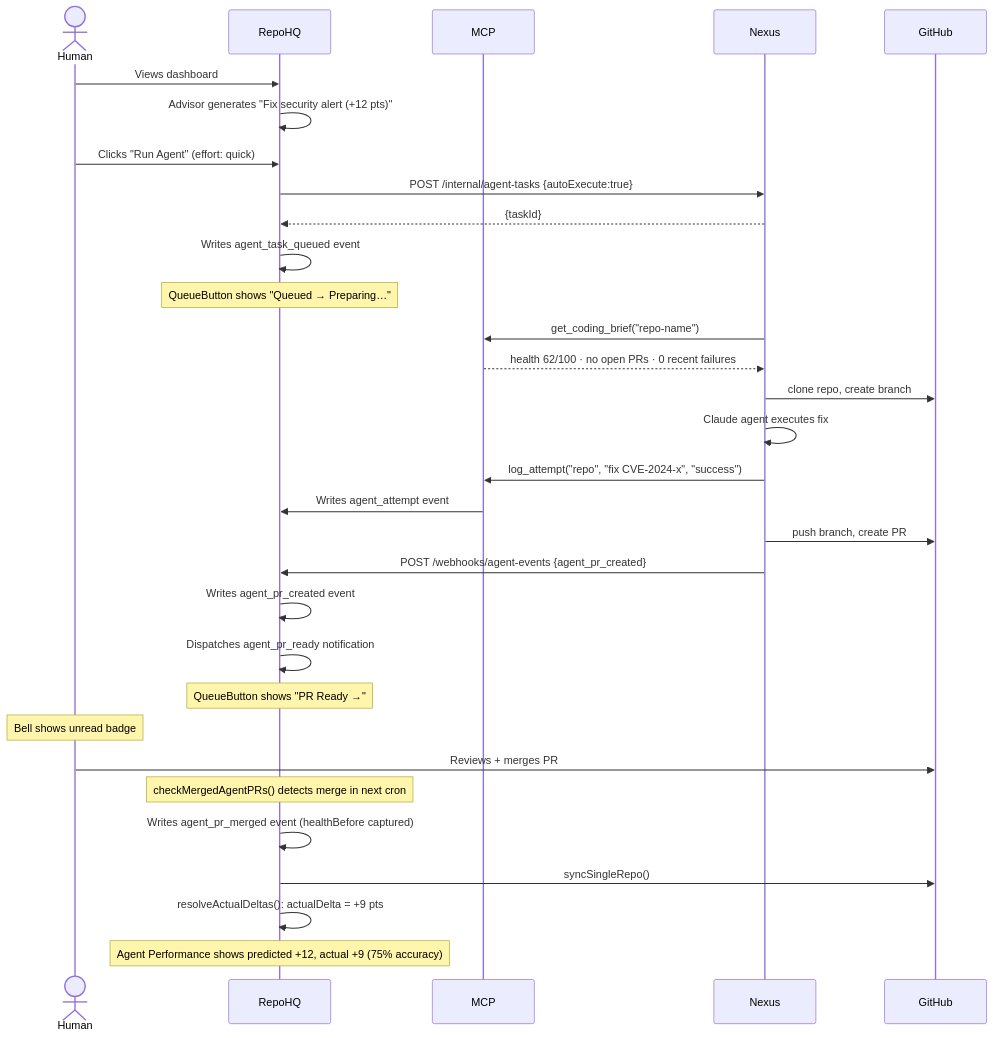
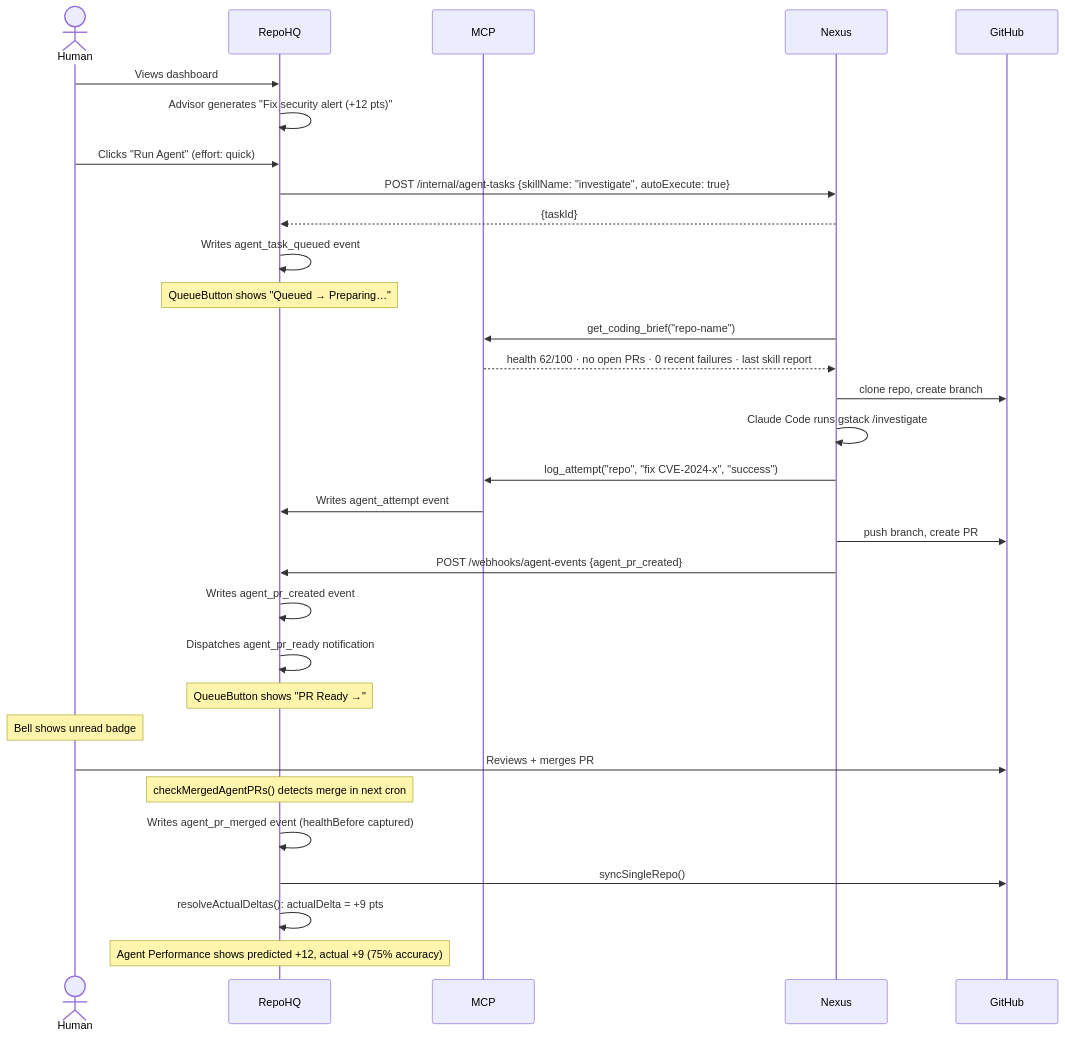
Before and after one commit to smithdavedesign/Github-HQ: the second of 7 diagrams in docs/agentic-full-flow.md, drawn with Mermaid. The commit also changed other lines of this file and 4 other files, not shown here.

````diff
--- a/docs/agentic-full-flow.md
+++ b/docs/agentic-full-flow.md
@@ -93,36 +101,36 @@
 ```mermaid
 sequenceDiagram
     actor Human
     participant RepoHQ
     participant MCP
     participant Nexus
     participant GitHub
 
     Human->>RepoHQ: Views dashboard
     RepoHQ->>RepoHQ: Advisor generates "Fix security alert (+12 pts)"
     Human->>RepoHQ: Clicks "Run Agent" (effort: quick)
-    RepoHQ->>Nexus: POST /internal/agent-tasks {autoExecute:true}
+    RepoHQ->>Nexus: POST /internal/agent-tasks {skillName: "investigate", autoExecute: true}
     Nexus-->>RepoHQ: {taskId}
     RepoHQ->>RepoHQ: Writes agent_task_queued event
     Note over RepoHQ: QueueButton shows "Queued → Preparing…"
 
     Nexus->>MCP: get_coding_brief("repo-name")
-    MCP-->>Nexus: health 62/100 · no open PRs · 0 recent failures
+    MCP-->>Nexus: health 62/100 · no open PRs · 0 recent failures · last skill report
     Nexus->>GitHub: clone repo, create branch
-    Nexus->>Nexus: Claude agent executes fix
+    Nexus->>Nexus: Claude Code runs gstack /investigate
     Nexus->>MCP: log_attempt("repo", "fix CVE-2024-x", "success")
     MCP->>RepoHQ: Writes agent_attempt event
     Nexus->>GitHub: push branch, create PR
     Nexus->>RepoHQ: POST /webhooks/agent-events {agent_pr_created}
     RepoHQ->>RepoHQ: Writes agent_pr_created event
     RepoHQ->>RepoHQ: Dispatches agent_pr_ready notification
     Note over RepoHQ: QueueButton shows "PR Ready →"
     Note over Human: Bell shows unread badge
 
     Human->>GitHub: Reviews + merges PR
     Note over RepoHQ: checkMergedAgentPRs() detects merge in next cron
     RepoHQ->>RepoHQ: Writes agent_pr_merged event (healthBefore captured)
     RepoHQ->>GitHub: syncSingleRepo()
     RepoHQ->>RepoHQ: resolveActualDeltas(): actualDelta = +9 pts
     Note over RepoHQ: Agent Performance shows predicted +12, actual +9 (75% accuracy)
 ```
````
